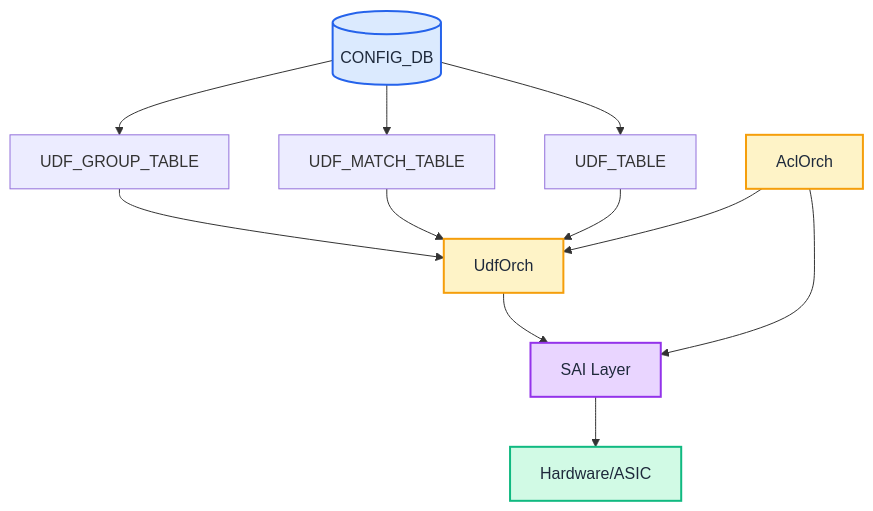
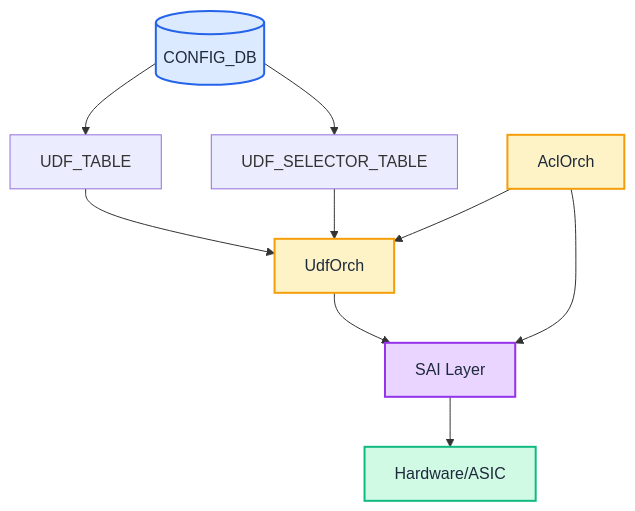
The first of 3 diagrams in doc/udf/UDF_HLD.md (sonic-net/SONiC), drawn with Mermaid before and after one commit. The commit also changed other lines of this file, not shown here.

Commit message:
Changes with new schema

````diff
--- a/doc/udf/UDF_HLD.md
+++ b/doc/udf/UDF_HLD.md
@@ -436,33 +402,30 @@
 ```mermaid
 graph TB
     CONFIG_DB[(CONFIG_DB)]
     UDF_TABLE[UDF_TABLE]
-    UDF_MATCH_TABLE[UDF_MATCH_TABLE]
-    UDF_GROUP_TABLE[UDF_GROUP_TABLE]
+    UDF_SELECTOR_TABLE[UDF_SELECTOR_TABLE]
 
     UdfOrch[UdfOrch]
     AclOrch[AclOrch]
 
     SAI[SAI Layer]
     ASIC[Hardware/ASIC]
 
-    CONFIG_DB --> UDF_GROUP_TABLE
-    CONFIG_DB --> UDF_MATCH_TABLE
     CONFIG_DB --> UDF_TABLE
+    CONFIG_DB --> UDF_SELECTOR_TABLE
 
-    UDF_GROUP_TABLE --> UdfOrch
-    UDF_MATCH_TABLE --> UdfOrch
     UDF_TABLE --> UdfOrch
+    UDF_SELECTOR_TABLE --> UdfOrch
 
     UdfOrch --> SAI
     AclOrch --> UdfOrch
     AclOrch --> SAI
 
     SAI --> ASIC
 
     style CONFIG_DB fill:#dbeafe,stroke:#2563eb,stroke-width:2px,color:#1e293b
     style UdfOrch fill:#fef3c7,stroke:#f59e0b,stroke-width:2px,color:#1e293b
     style AclOrch fill:#fef3c7,stroke:#f59e0b,stroke-width:2px,color:#1e293b
     style SAI fill:#e9d5ff,stroke:#9333ea,stroke-width:2px,color:#1e293b
     style ASIC fill:#d1fae5,stroke:#10b981,stroke-width:2px,color:#1e293b
 ```
````
